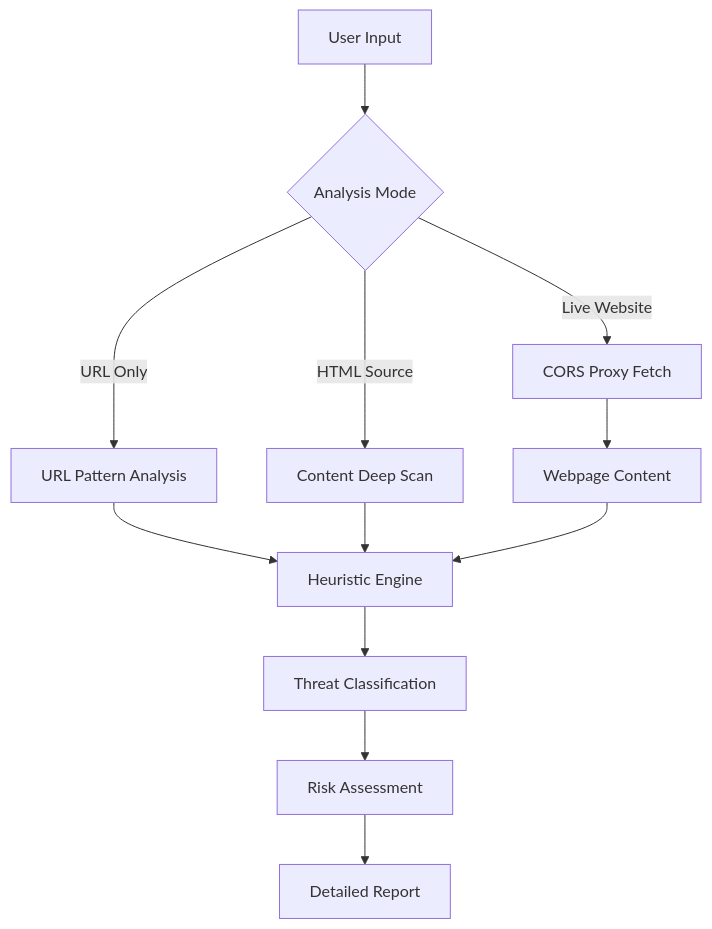
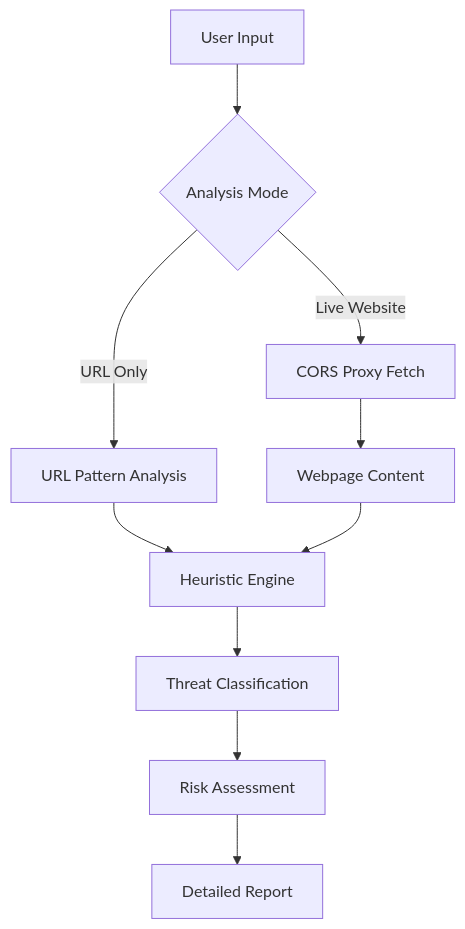
Before and after one commit to amitadhikari8885/Amitrepo: the diagram in README.md, drawn with Mermaid. The commit also changed other lines of this file and 1 other file, not shown here.

Commit message:
Remove HTML code pasting scanner mode, keeping URL Analysis and Full Webpage Scan

````diff
--- a/README.md
+++ b/README.md
@@ -54,16 +53,14 @@
 ```mermaid
 graph TD
     A[User Input] --> B{Analysis Mode}
     B -->|URL Only| C[URL Pattern Analysis]
-    B -->|HTML Source| D[Content Deep Scan]
-    B -->|Live Website| E[CORS Proxy Fetch]
+    B -->|Live Website| D[CORS Proxy Fetch]
 
-    C --> F[Heuristic Engine]
-    D --> F
-    E --> G[Webpage Content]
-    G --> F
+    C --> E[Heuristic Engine]
+    D --> F[Webpage Content]
+    F --> E
 
-    F --> H[Threat Classification]
-    H --> I[Risk Assessment]
-    I --> J[Detailed Report]
+    E --> G[Threat Classification]
+    G --> H[Risk Assessment]
+    H --> I[Detailed Report]
 ```
````
